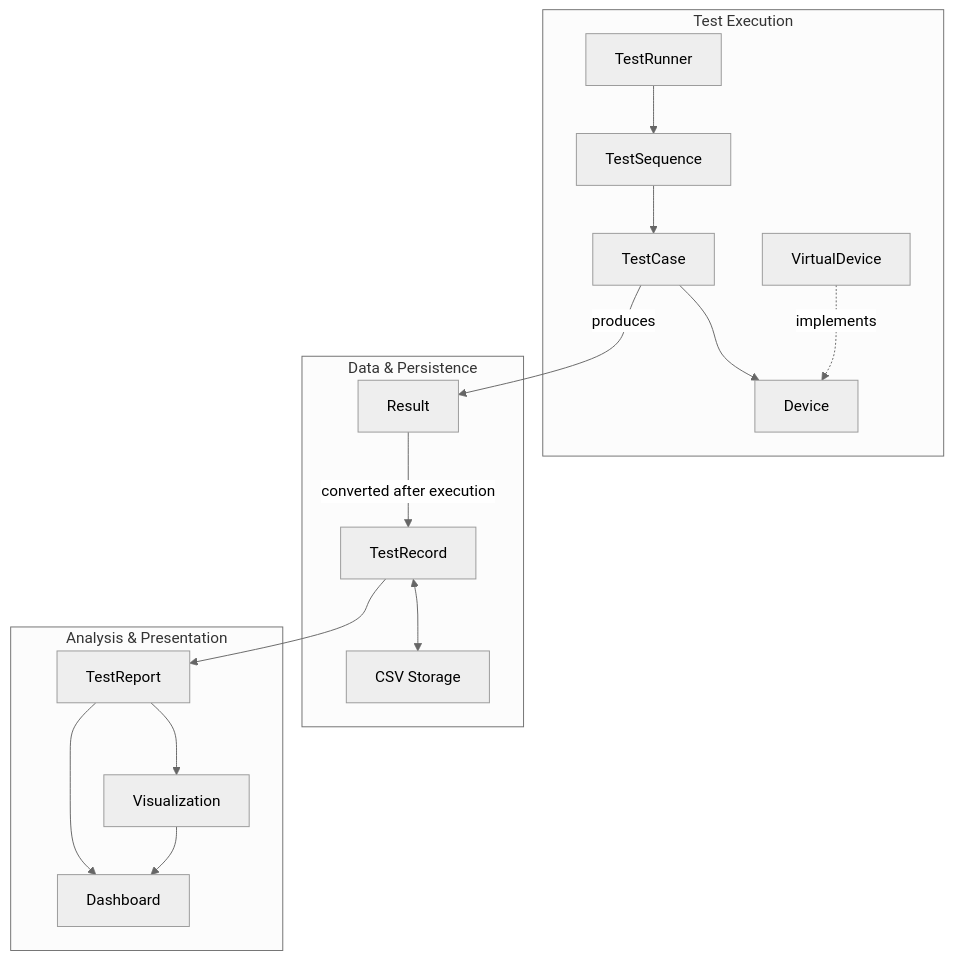
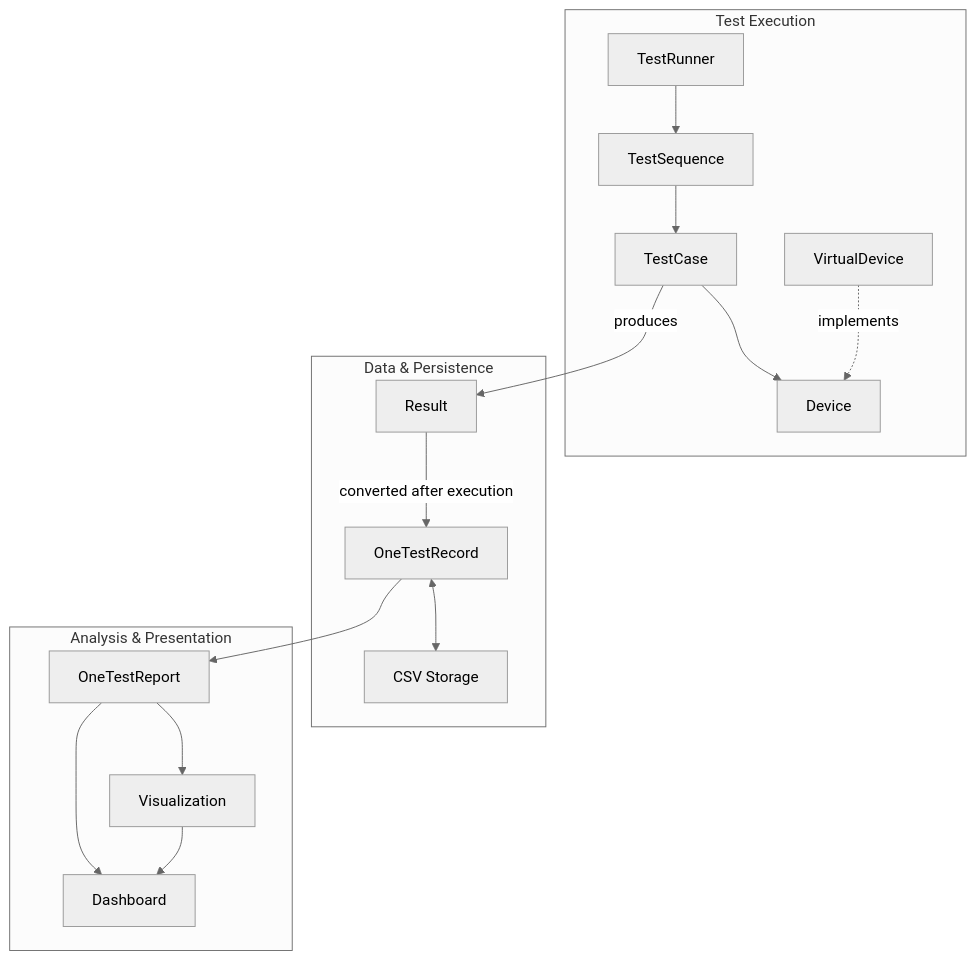
Before and after one commit to chengyeyang/hybrid-reliability-lab: the diagram in README.md, drawn with Mermaid (neutral theme). The commit also changed 1 other file, not shown here.

Commit message:
Finalize Portfolio Presentation and Release V1 MVP. #21

````diff
--- a/README.md
+++ b/README.md
@@ -20,37 +20,37 @@
 ```mermaid
 flowchart TD
     subgraph Execution["Test Execution"]
         TestRunner["TestRunner"]
         TestSequence["TestSequence"]
         TestCase["TestCase"]
         Device["Device"]
         VirtualDevice["VirtualDevice"]
 
         TestRunner --> TestSequence
         TestSequence --> TestCase
         TestCase --> Device
         VirtualDevice -. implements .-> Device
     end
 
     subgraph Data["Data & Persistence"]
         Result["Result"]
-        TestRecord["TestRecord"]
+        TestRecord["OneTestRecord"]
         CSV["CSV Storage"]
 
         Result -->|converted after execution| TestRecord
         TestRecord <--> CSV
     end
 
     subgraph Analysis["Analysis & Presentation"]
-        TestReport["TestReport"]
+        TestReport["OneTestReport"]
         Visualization["Visualization"]
         Dashboard["Dashboard"]
 
         TestReport --> Visualization
         TestReport --> Dashboard
         Visualization --> Dashboard
     end
 
     TestCase -->|produces| Result
     TestRecord --> TestReport
 ```
````
